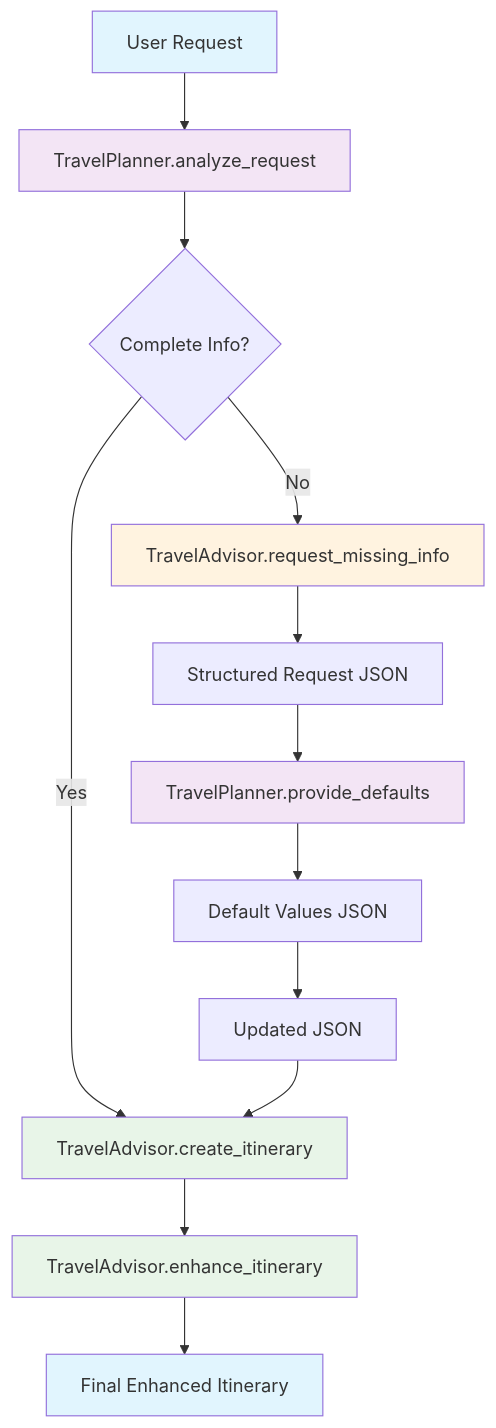
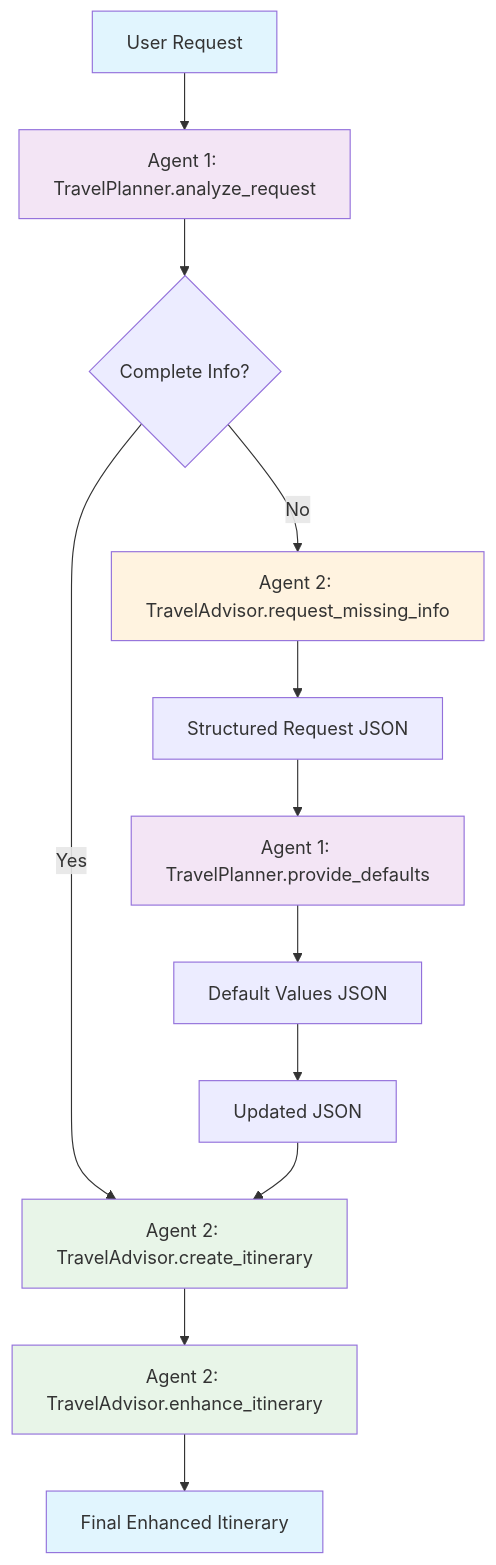
One commit to iamask/multi-agent-travel-planner changed the first of 2 diagrams in README.md. Above: the diagram before and after it, drawn with Mermaid. The commit also changed other lines of this file, not shown here.

````diff
--- a/README.md
+++ b/README.md
@@ -53,22 +53,22 @@
 ```mermaid
 graph TD
-    A[User Request] --> B[TravelPlanner.analyze_request]
+    A[User Request] --> B[Agent 1: TravelPlanner.analyze_request]
     B --> C{Complete Info?}
-    C -->|Yes| D[TravelAdvisor.create_itinerary]
-    C -->|No| E[TravelAdvisor.request_missing_info]
+    C -->|Yes| D[Agent 2: TravelAdvisor.create_itinerary]
+    C -->|No| E[Agent 2: TravelAdvisor.request_missing_info]
     E --> F[Structured Request JSON]
-    F --> G[TravelPlanner.provide_defaults]
+    F --> G[Agent 1: TravelPlanner.provide_defaults]
     G --> H[Default Values JSON]
     H --> I[Updated JSON]
     I --> D
-    D --> J[TravelAdvisor.enhance_itinerary]
+    D --> J[Agent 2: TravelAdvisor.enhance_itinerary]
     J --> K[Final Enhanced Itinerary]
 
     style A fill:#e1f5fe
     style B fill:#f3e5f5
     style E fill:#fff3e0
     style G fill:#f3e5f5
     style D fill:#e8f5e8
     style J fill:#e8f5e8
     style K fill:#e1f5fe
 ```
````
